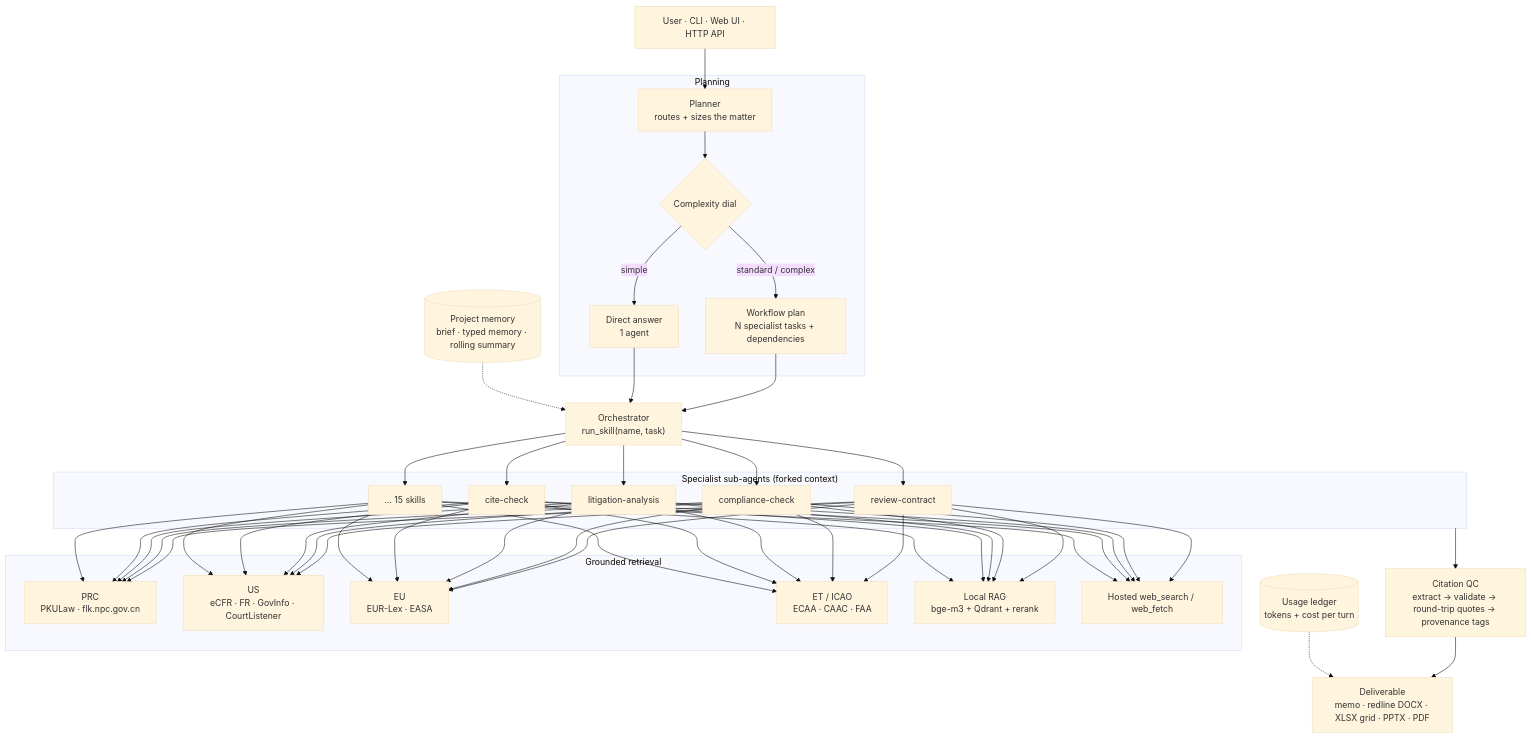
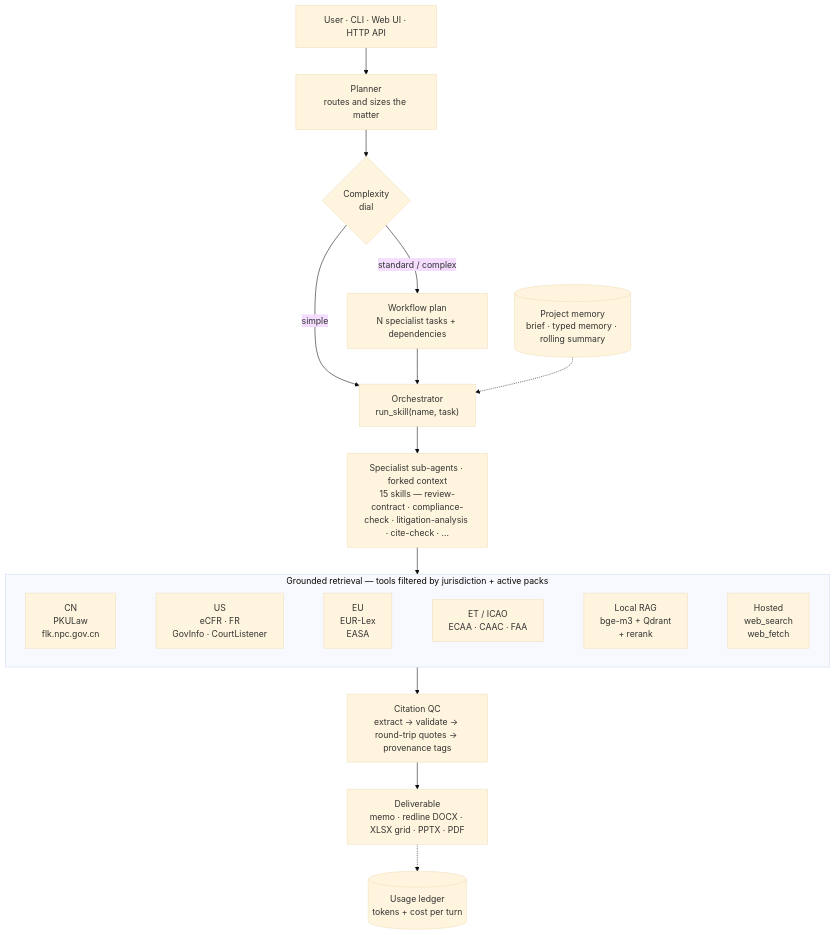
The diagram in README.md (WenzhuoXu/lawgent), drawn with Mermaid (base theme) before and after one commit.

Commit message:
README: flatten the architecture diagram
The 5-skills x 6-sources fan-out rendered as an edge hairball. Collapse the
specialists into one node and lay the retrieval tier out as a horizontal
band, so the diagram reads as a single vertical spine. Verified by rendering
the block through mermaid-cli.

````diff
--- a/README.md
+++ b/README.md
@@ -78,40 +78,20 @@
 ```mermaid
 flowchart TB
-    U["User · CLI · Web UI · HTTP API"] --> P
+    U["User · CLI · Web UI · HTTP API"] --> P["Planner<br/>routes and sizes the matter"]
+    P --> C{"Complexity<br/>dial"}
+    C -->|simple| O["Orchestrator<br/>run_skill(name, task)"]
+    C -->|standard / complex| W["Workflow plan<br/>N specialist tasks + dependencies"]
+    W --> O
+    PM[("Project memory<br/>brief · typed memory · rolling summary")] -.-> O
+    O --> A["Specialist sub-agents · forked context<br/>15 skills — review-contract · compliance-check · litigation-analysis · cite-check · …"]
+    A --> G
 
-    subgraph Plan["Planning"]
-        P["Planner<br/>routes + sizes the matter"] --> C{"Complexity dial"}
-        C -->|simple| D["Direct answer<br/>1 agent"]
-        C -->|standard / complex| W["Workflow plan<br/>N specialist tasks + dependencies"]
+    subgraph G["Grounded retrieval — tools filtered by jurisdiction + active packs"]
+        direction LR
+        CN["CN<br/>PKULaw<br/>flk.npc.gov.cn"] ~~~ US["US<br/>eCFR · FR<br/>GovInfo · CourtListener"] ~~~ EU["EU<br/>EUR-Lex<br/>EASA"] ~~~ ET["ET / ICAO<br/>ECAA · CAAC · FAA"] ~~~ RAG["Local RAG<br/>bge-m3 + Qdrant<br/>+ rerank"] ~~~ WEB["Hosted<br/>web_search<br/>web_fetch"]
     end
 
-    W --> O["Orchestrator<br/>run_skill(name, task)"]
-    D --> O
-
-    subgraph Agents["Specialist sub-agents (forked context)"]
-        S1["review-contract"]
-        S2["compliance-check"]
-        S3["litigation-analysis"]
-        S4["cite-check"]
-        S5["… 15 skills"]
-    end
-
-    O --> S1 & S2 & S3 & S4 & S5
-
-    subgraph Grounding["Grounded retrieval"]
-        CN["PRC<br/>PKULaw · flk.npc.gov.cn"]
-        US["US<br/>eCFR · FR · GovInfo · CourtListener"]
-        EU["EU<br/>EUR-Lex · EASA"]
-        ET["ET / ICAO<br/>ECAA · CAAC · FAA"]
-        RAG["Local RAG<br/>bge-m3 + Qdrant + rerank"]
-        WEB["Hosted web_search / web_fetch"]
-    end
-
-    S1 & S2 & S3 & S4 & S5 --> CN & US & EU & ET & RAG & WEB
-
-    Agents --> QC["Citation QC<br/>extract → validate → round-trip quotes → provenance tags"]
+    G --> QC["Citation QC<br/>extract → validate → round-trip quotes → provenance tags"]
     QC --> OUT["Deliverable<br/>memo · redline DOCX · XLSX grid · PPTX · PDF"]
-
-    PM[("Project memory<br/>brief · typed memory · rolling summary")] -.-> O
-    LED[("Usage ledger<br/>tokens + cost per turn")] -.-> OUT
+    OUT -.-> LED[("Usage ledger<br/>tokens + cost per turn")]
 ```
````
